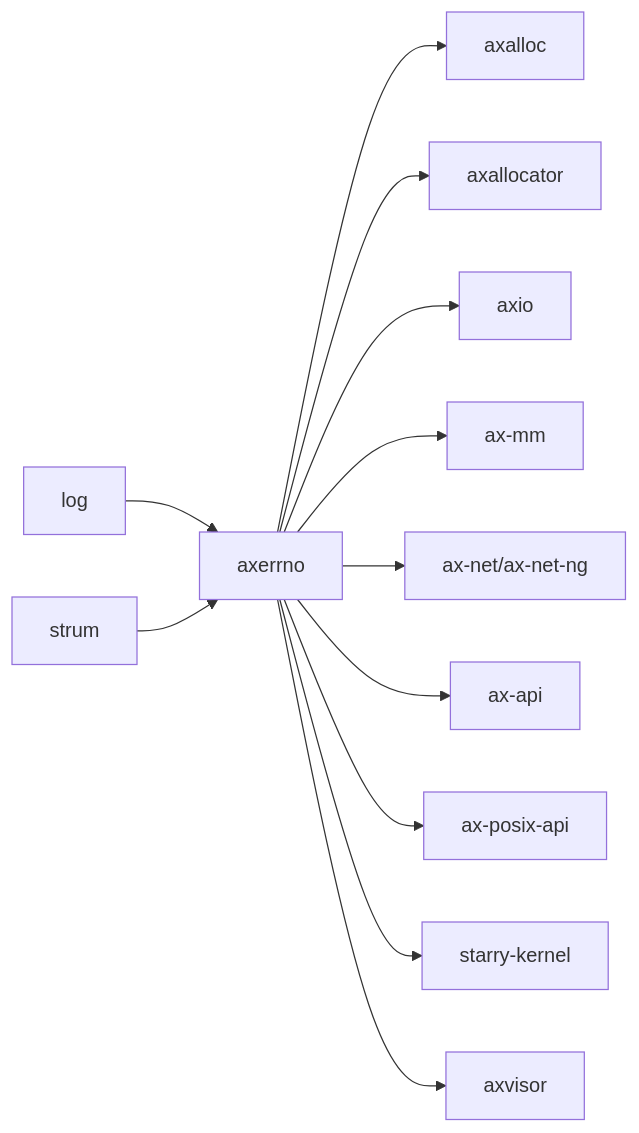
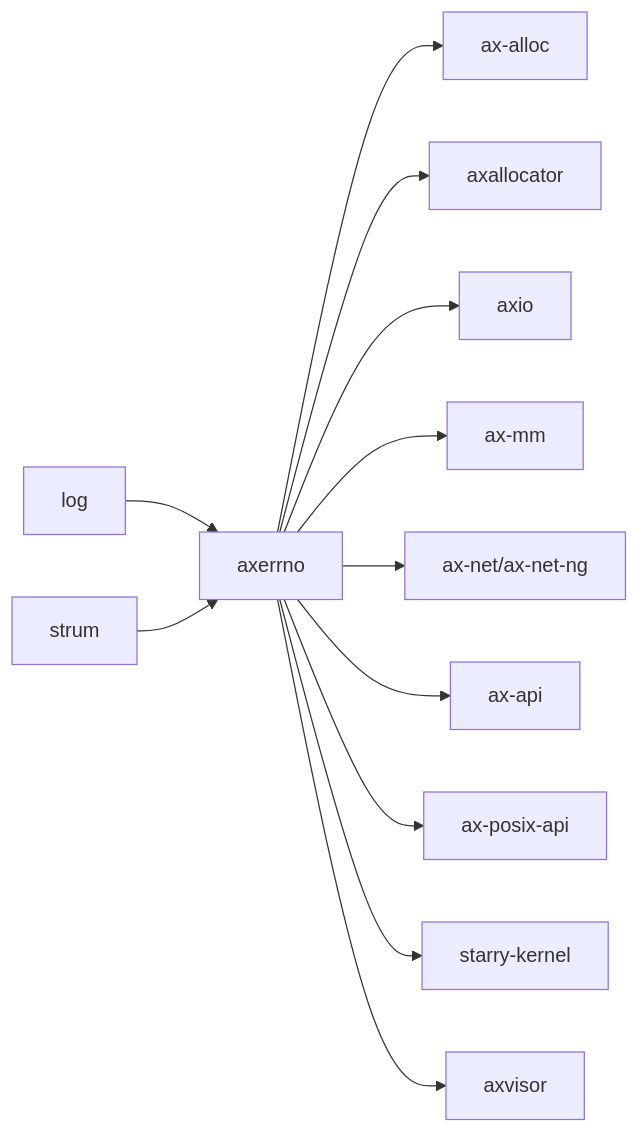
The second of 2 diagrams in docs/crates/axerrno.md (os-biglab/tgoskits), drawn with Mermaid before and after one commit. The commit also changed other lines of this file and 75 other files, not shown here.

Commit message:
rename axalloc to ax-alloc

````diff
--- a/docs/crates/axerrno.md
+++ b/docs/crates/axerrno.md
@@ -80,15 +80,15 @@
 ```mermaid
 graph LR
     log["log"] --> axerrno["axerrno"]
     strum["strum"] --> axerrno
 
-    axerrno --> axalloc["axalloc"]
+    axerrno --> ax-alloc["ax-alloc"]
     axerrno --> axallocator["axallocator"]
     axerrno --> axio["axio"]
     axerrno --> ax-mm["ax-mm"]
     axerrno --> ax-net["ax-net/ax-net-ng"]
     axerrno --> ax-api["ax-api"]
     axerrno --> arceos_posix["ax-posix-api"]
     axerrno --> starry_kernel["starry-kernel"]
     axerrno --> axvisor["axvisor"]
 ```
````
